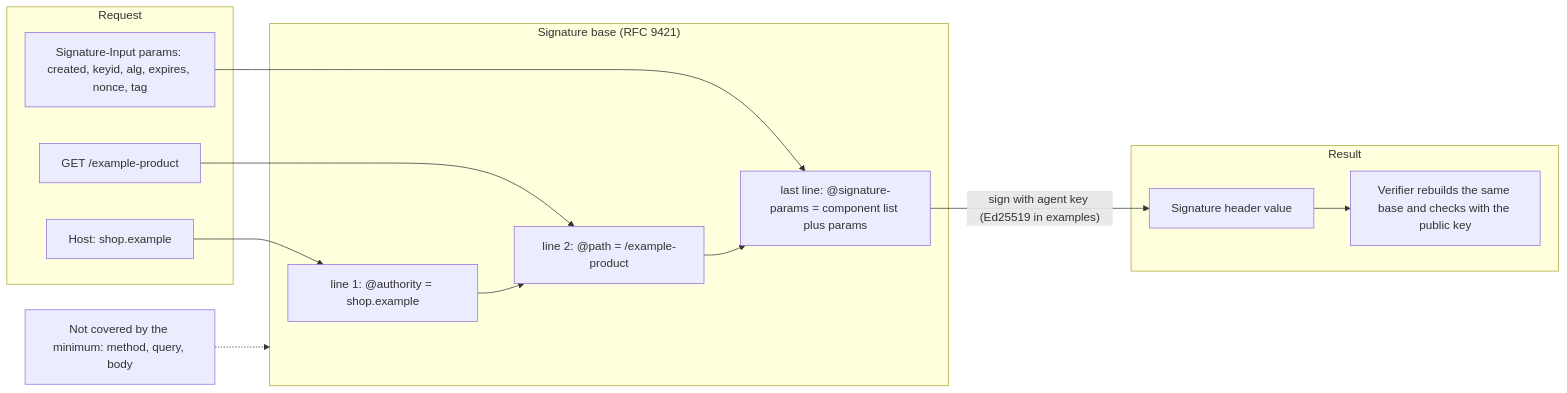
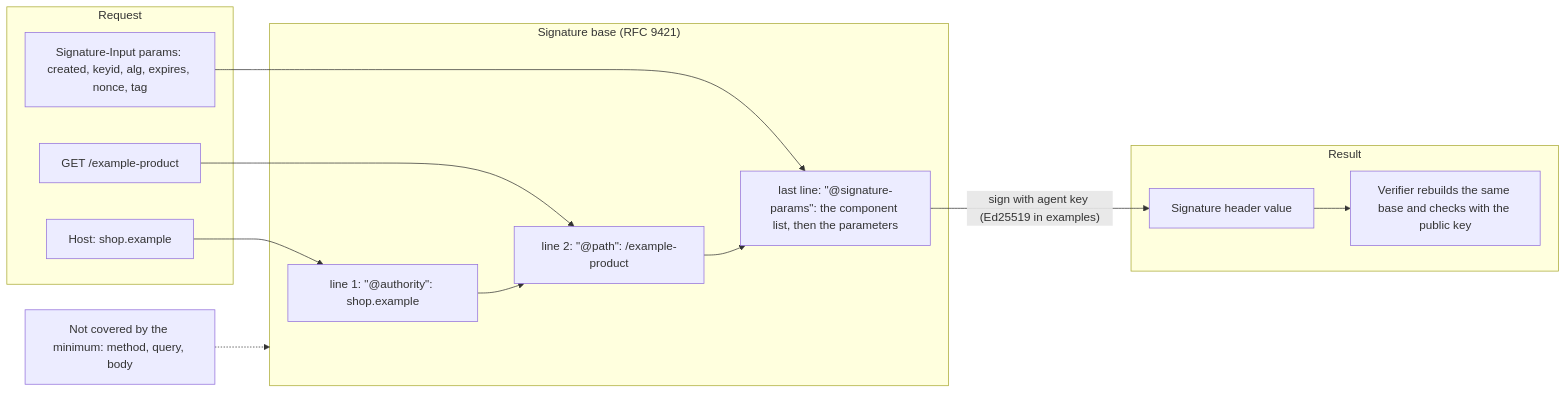
Before and after one commit to mercesAI/agentic-rails-atlas: the diagram in src/content/diagrams/visa-tap-signature-base.mmd, drawn with Mermaid. The commit also changed 107 other files, not shown here.

```diff
--- a/src/content/diagrams/visa-tap-signature-base.mmd
+++ b/src/content/diagrams/visa-tap-signature-base.mmd
@@ -1,22 +1,22 @@
 flowchart LR
   subgraph IN["Request"]
     H["Host: shop.example"]
     P["GET /example-product"]
     SI["Signature-Input params: created, keyid, alg, expires, nonce, tag"]
   end
   subgraph BASE["Signature base (RFC 9421)"]
-    L1["line 1: @authority = shop.example"]
-    L2["line 2: @path = /example-product"]
-    L3["last line: @signature-params = component list plus params"]
+    L1["line 1: #quot;@authority#quot;: shop.example"]
+    L2["line 2: #quot;@path#quot;: /example-product"]
+    L3["last line: #quot;@signature-params#quot;: the component list, then the parameters"]
   end
   subgraph OUT["Result"]
     SG["Signature header value"]
     V["Verifier rebuilds the same base and checks with the public key"]
   end
   H --> L1
   P --> L2
   SI --> L3
   L1 --> L2 --> L3
   L3 -- "sign with agent key (Ed25519 in examples)" --> SG
   SG --> V
   NB["Not covered by the minimum: method, query, body"] -.-> BASE
```
